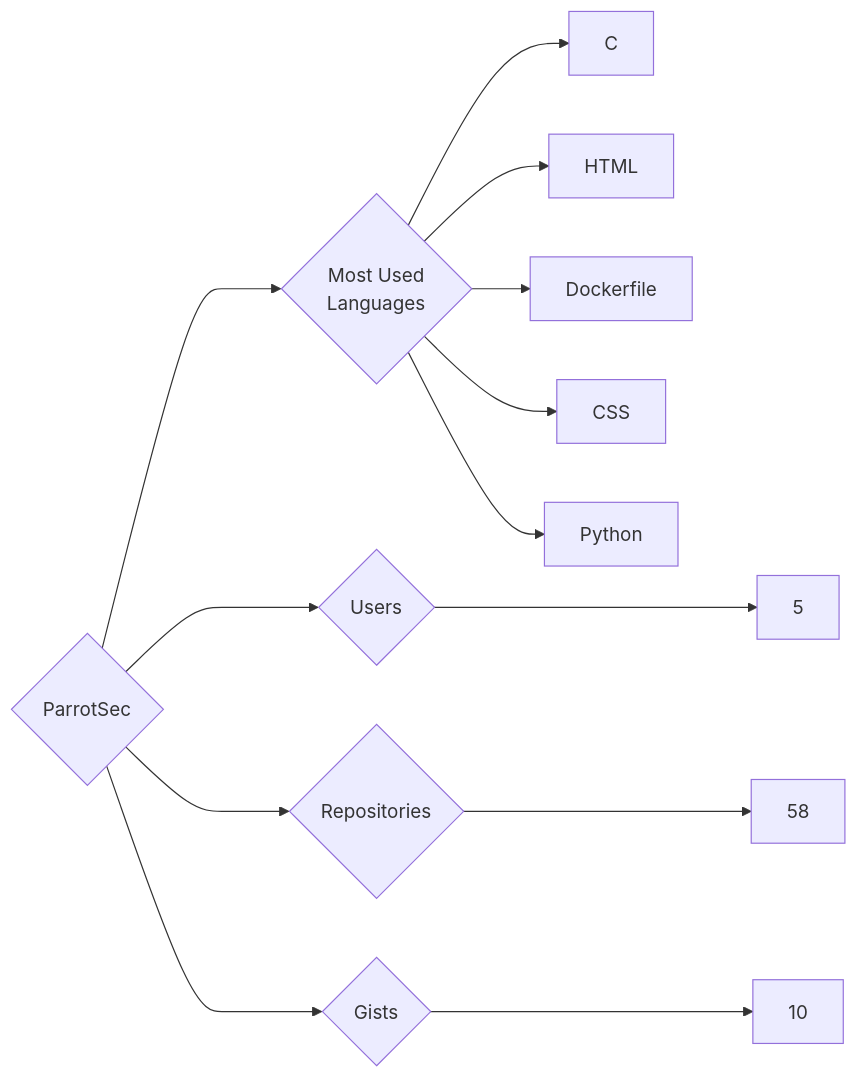
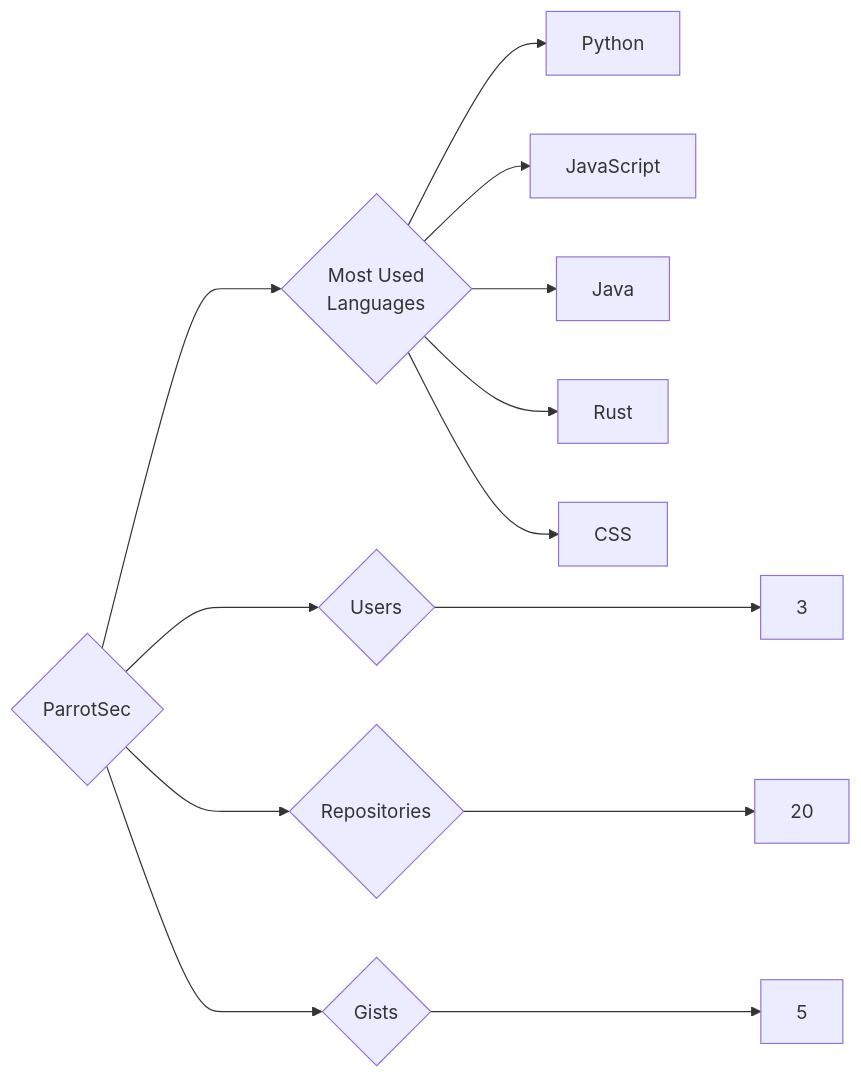
Before and after one commit to trickest/insiders: the diagram in targets/ParrotSec/README.md, drawn with Mermaid. The commit also changed 1496 other files, not shown here.

````diff
--- a/targets/ParrotSec/README.md
+++ b/targets/ParrotSec/README.md
@@ -3,13 +3,13 @@
 ```mermaid
 graph LR
 COMPANY_NAME{ParrotSec}
-COMPANY_NAME ---> U{Users} ---> UN[5]
-COMPANY_NAME ---> R{Repositories} ---> RN[58]
-COMPANY_NAME ---> G{Gists} ---> GN[10]
+COMPANY_NAME ---> U{Users} ---> UN[3]
+COMPANY_NAME ---> R{Repositories} ---> RN[20]
+COMPANY_NAME ---> G{Gists} ---> GN[5]
 COMPANY_NAME ---> ML{Most Used<br>Languages}
-ML --> C[C]
-ML --> HTML[HTML]
-ML --> Dockerfile[Dockerfile]
+ML --> Python[Python]
+ML --> JavaScript[JavaScript]
+ML --> Java[Java]
+ML --> Rust[Rust]
 ML --> CSS[CSS]
-ML --> Python[Python]
 ```
````
